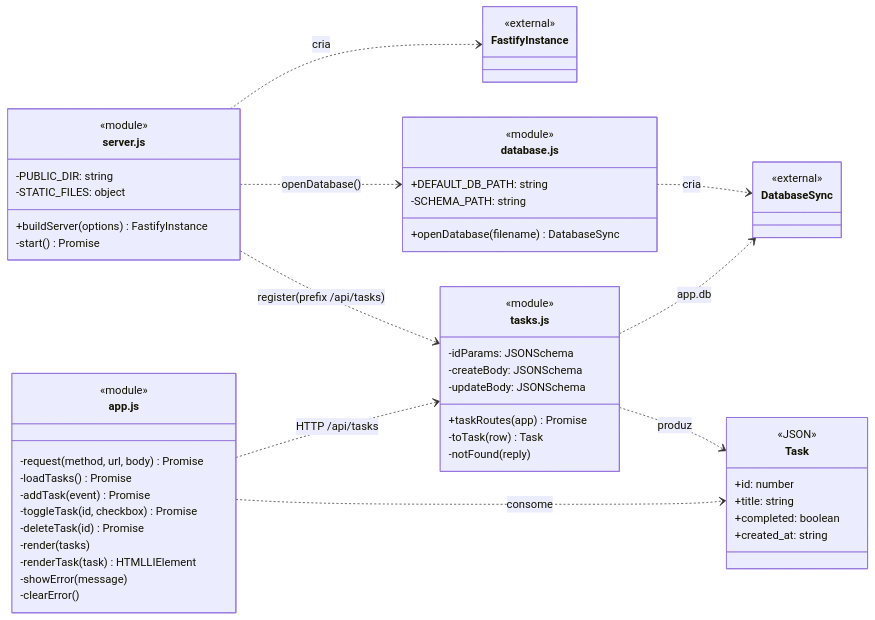
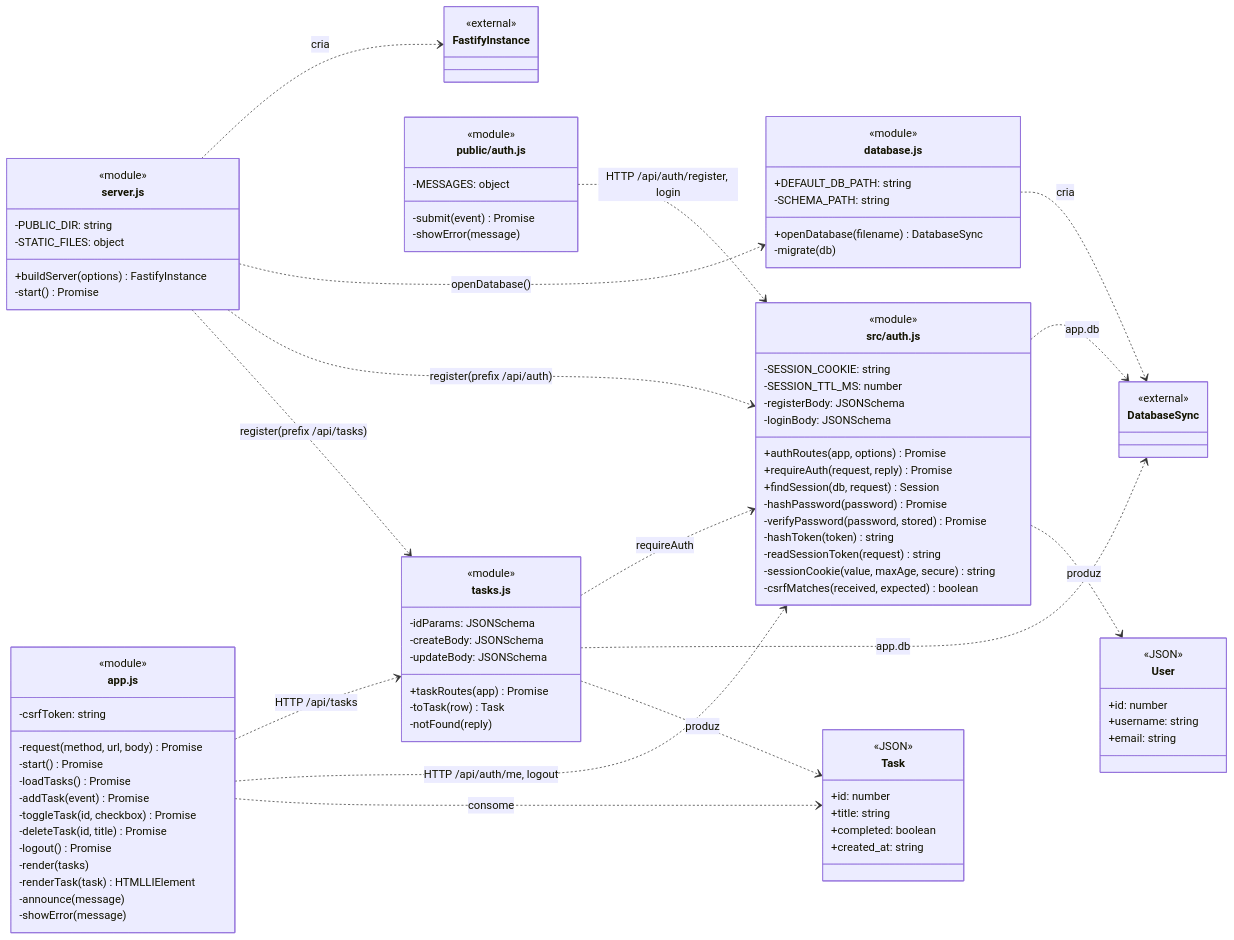
Before and after one commit to morexiety/ritmo: the second of 4 diagrams in docs/arquitetura.md, drawn with Mermaid. The commit also changed other lines of this file and 23 other files, not shown here.

Commit message:
feat: add user authentication with private tasks per account

````diff
--- a/docs/arquitetura.md
+++ b/docs/arquitetura.md
@@ -69,6 +101,23 @@
     -STATIC_FILES: object
     +buildServer(options) FastifyInstance
     -start() Promise
+  }
+
+  class auth["src/auth.js"] {
+    <<module>>
+    -SESSION_COOKIE: string
+    -SESSION_TTL_MS: number
+    -registerBody: JSONSchema
+    -loginBody: JSONSchema
+    +authRoutes(app, options) Promise
+    +requireAuth(request, reply) Promise
+    +findSession(db, request) Session
+    -hashPassword(password) Promise
+    -verifyPassword(password, stored) Promise
+    -hashToken(token) string
+    -readSessionToken(request) string
+    -sessionCookie(value, maxAge, secure) string
+    -csrfMatches(received, expected) boolean
   }
 
   class tasks["tasks.js"] {
@@ -86,19 +135,30 @@
     +DEFAULT_DB_PATH: string
     -SCHEMA_PATH: string
     +openDatabase(filename) DatabaseSync
+    -migrate(db)
   }
 
   class app["app.js"] {
     <<module>>
+    -csrfToken: string
     -request(method, url, body) Promise
+    -start() Promise
     -loadTasks() Promise
     -addTask(event) Promise
     -toggleTask(id, checkbox) Promise
-    -deleteTask(id) Promise
+    -deleteTask(id, title) Promise
+    -logout() Promise
     -render(tasks)
     -renderTask(task) HTMLLIElement
+    -announce(message)
     -showError(message)
-    -clearError()
+  }
+
+  class authPage["public/auth.js"] {
+    <<module>>
+    -MESSAGES: object
+    -submit(event) Promise
+    -showError(message)
   }
 
   class Task {
@@ -107,6 +167,13 @@
     +title: string
     +completed: boolean
     +created_at: string
+  }
+
+  class User {
+    <<JSON>>
+    +id: number
+    +username: string
+    +email: string
   }
 
   class FastifyInstance {
@@ -119,10 +186,16 @@
 
   server ..> FastifyInstance : cria
   server ..> database : openDatabase()
+  server ..> auth : register(prefix /api/auth)
   server ..> tasks : register(prefix /api/tasks)
+  tasks ..> auth : requireAuth
   database ..> DatabaseSync : cria
+  auth ..> DatabaseSync : app.db
   tasks ..> DatabaseSync : app.db
+  auth ..> User : produz
   tasks ..> Task : produz
   app ..> tasks : HTTP /api/tasks
+  app ..> auth : HTTP /api/auth/me, logout
+  authPage ..> auth : HTTP /api/auth/register, login
   app ..> Task : consome
 ```
````
